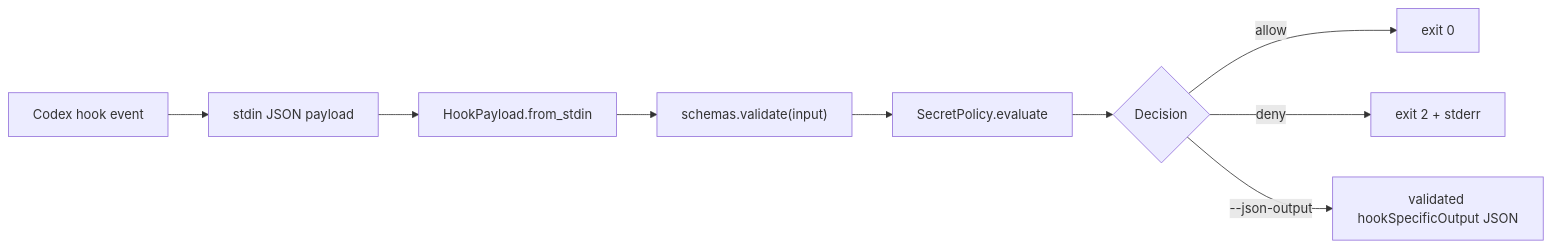
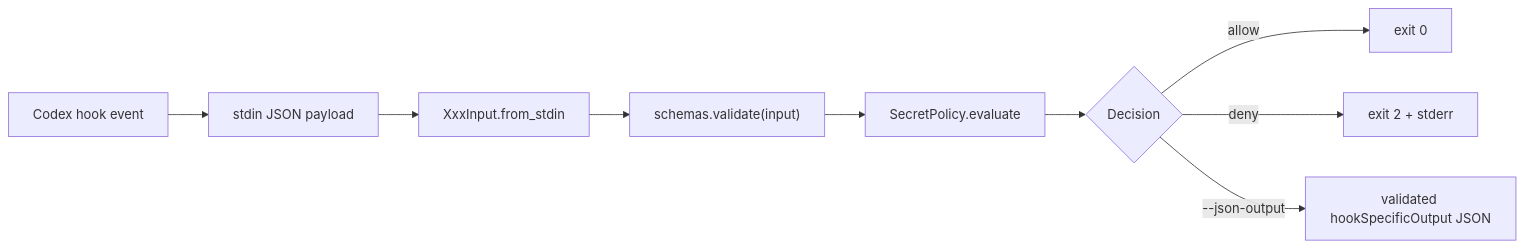
One commit to sean-sunagaku/codex-hookkit changed the diagram in docs/ARCHITECTURE.md. Above: the diagram before and after it, drawn with Mermaid. The commit also changed other lines of this file and 76 other files, not shown here.

````diff
--- a/docs/ARCHITECTURE.md
+++ b/docs/ARCHITECTURE.md
@@ -47,11 +48,11 @@
 ```mermaid
 flowchart LR
   A["Codex hook event"] --> B["stdin JSON payload"]
-  B --> C["HookPayload.from_stdin"]
+  B --> C["XxxInput.from_stdin"]
   C --> D["schemas.validate(input)"]
   D --> E["SecretPolicy.evaluate"]
   E --> F{"Decision"}
   F -->|"allow"| G["exit 0"]
   F -->|"deny"| H["exit 2 + stderr"]
   F -->|"--json-output"| I["validated hookSpecificOutput JSON"]
 ```
````
